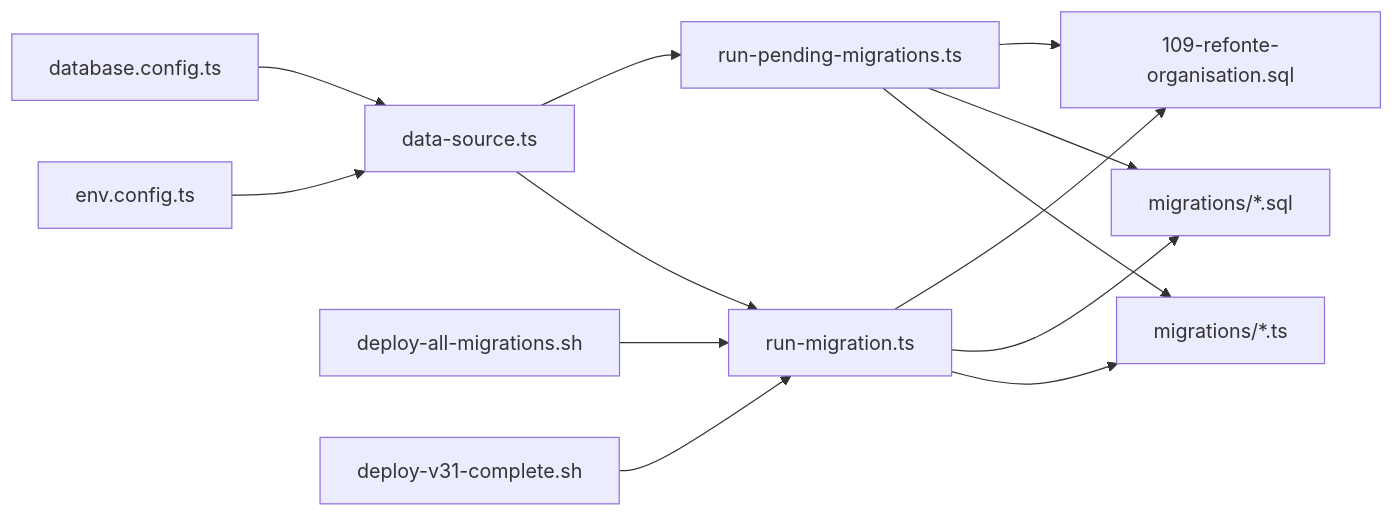
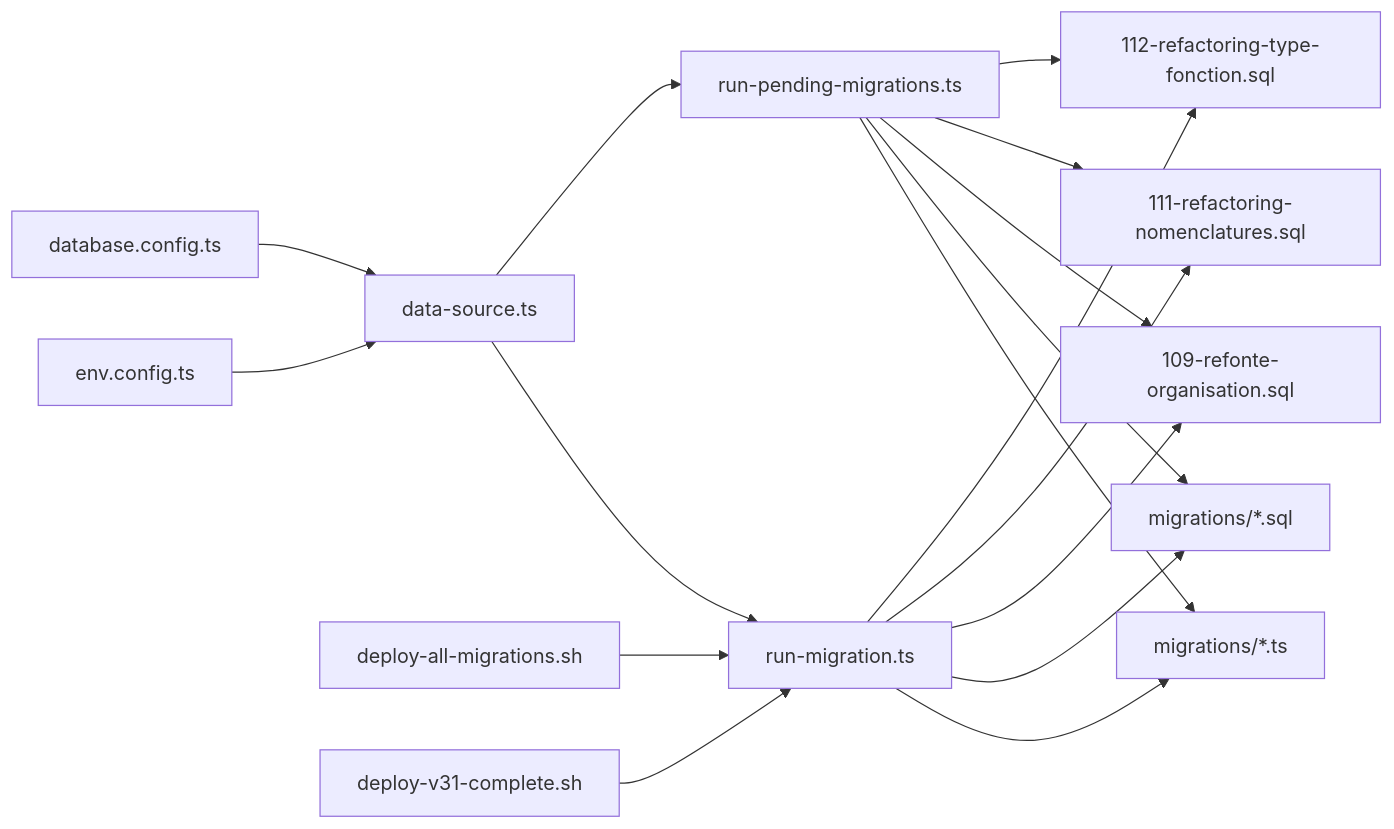
One commit to franckylab/eLISAschool changed the fourth of 4 diagrams in .qoder/repowiki/en/content/System Architecture/Database Architecture/Database Migrations & Version Control.md. Above: the diagram before and after it, drawn with Mermaid. The commit also changed other lines of this file and 97 other files, not shown here.

````diff
--- a/.qoder/repowiki/en/content/System Architecture/Database Architecture/Database Migrations & Version Control.md
+++ b/.qoder/repowiki/en/content/System Architecture/Database Architecture/Database Migrations & Version Control.md
@@ -447,15 +517,19 @@
 ```mermaid
 graph LR
 Env["env.config.ts"] --> DS["data-source.ts"]
 DBConf["database.config.ts"] --> DS
 DS --> RunnerA["run-migration.ts"]
 DS --> RunnerB["run-pending-migrations.ts"]
 RunnerA --> MigrationsTS["migrations/*.ts"]
 RunnerA --> MigrationsSQL["migrations/*.sql"]
 RunnerA --> RefactorMig["109-refonte-organisation.sql"]
+RunnerA --> IntegrityMig["111-refactoring-nomenclatures.sql"]
+RunnerA --> NormalizationMig["112-refactoring-type-fonction.sql"]
 RunnerB --> MigrationsTS
 RunnerB --> MigrationsSQL
 RunnerB --> RefactorMig
+RunnerB --> IntegrityMig
+RunnerB --> NormalizationMig
 DeployAll["deploy-all-migrations.sh"] --> RunnerA
 DeployV31["deploy-v31-complete.sh"] --> RunnerA
 ```
````
